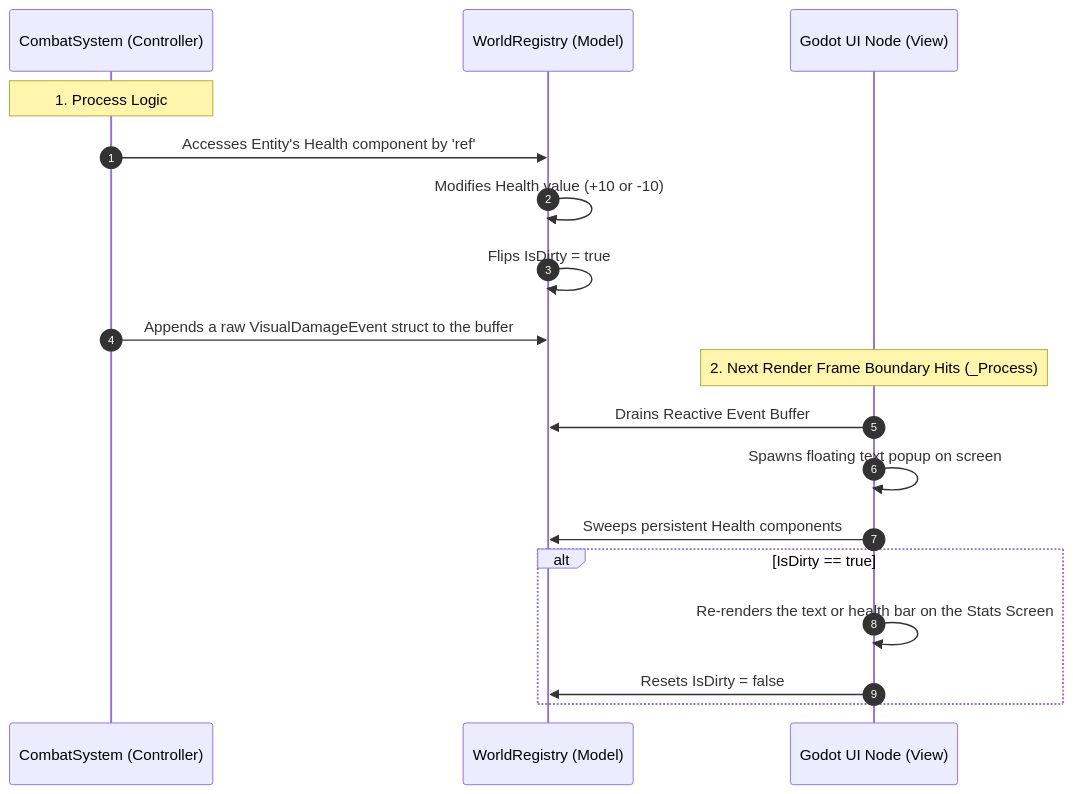
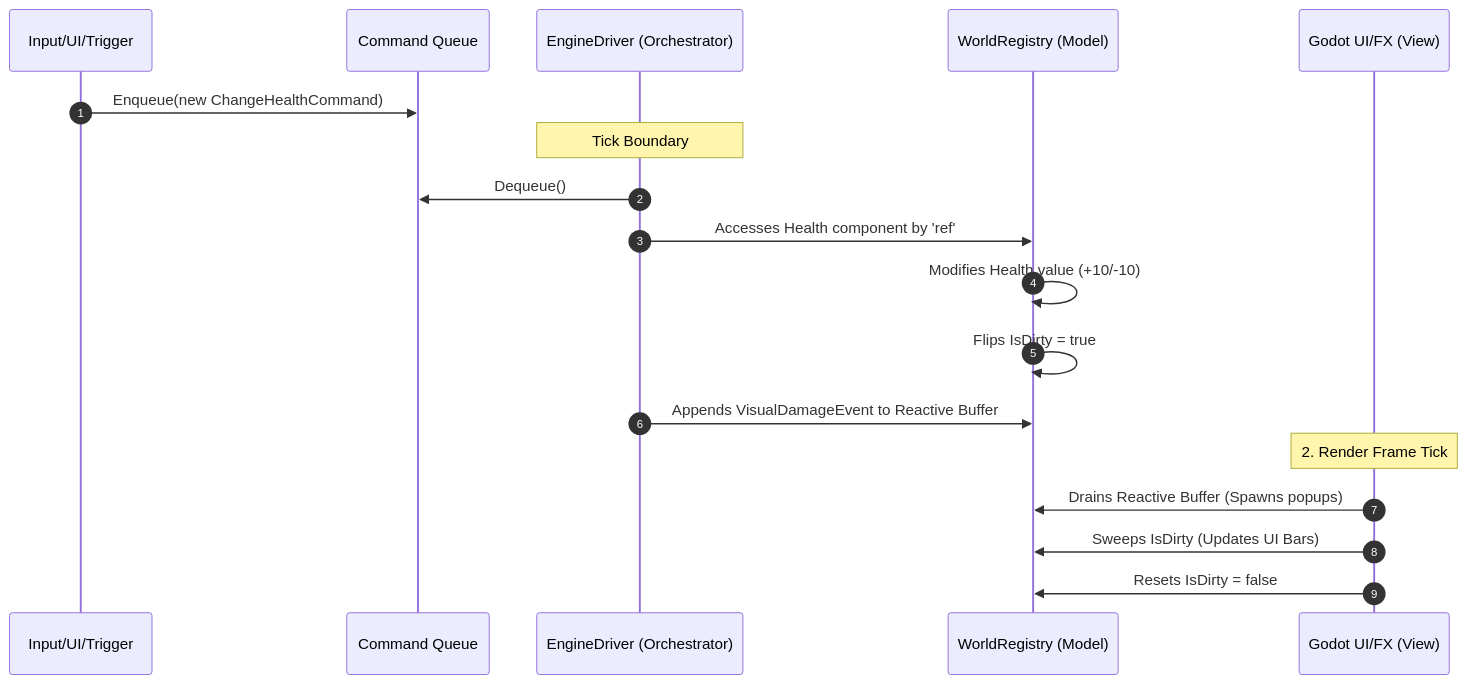
One commit to cheomanigua/csharp-docs changed the fourth of 5 diagrams in docs/events.md. Above: the diagram before and after it, drawn with Mermaid. The commit also changed other lines of this file and 5 other files, not shown here.

````diff
--- a/docs/events.md
+++ b/docs/events.md
@@ -345,23 +337,23 @@
 ```mermaid
 sequenceDiagram
     autonumber
-    participant Controller as CombatSystem (Controller)
+    participant Requester as Input/UI/Trigger
+    participant Queue as Command Queue
+    participant Engine as EngineDriver (Orchestrator)
     participant Model as WorldRegistry (Model)
-    participant View as Godot UI Node (View)
+    participant View as Godot UI/FX (View)
 
-    Note over Controller: 1. Process Logic
-    Controller->>Model: Accesses Entity's Health component by 'ref'
-    Model->>Model: Modifies Health value (+10 or -10)
+    Requester->>Queue: Enqueue(new ChangeHealthCommand)
+    Note over Engine: Tick Boundary
+    Engine->>Queue: Dequeue()
+    Engine->>Model: Accesses Health component by 'ref'
+    Model->>Model: Modifies Health value (+10/-10)
     Model->>Model: Flips IsDirty = true
-    Controller->>Model: Appends a raw VisualDamageEvent struct to the buffer
+    Engine->>Model: Appends VisualDamageEvent to Reactive Buffer
 
-    Note over View: 2. Next Render Frame Boundary Hits (_Process)
-    View->>Model: Drains Reactive Event Buffer
-    View->>View: Spawns floating text popup on screen
-    View->>Model: Sweeps persistent Health components
-    alt IsDirty == true
-        View->>View: Re-renders the text or health bar on the Stats Screen
-        View->>Model: Resets IsDirty = false
-    end
+    Note over View: 2. Render Frame Tick
+    View->>Model: Drains Reactive Buffer (Spawns popups)
+    View->>Model: Sweeps IsDirty (Updates UI Bars)
+    View->>Model: Resets IsDirty = false
 
 ```
````
